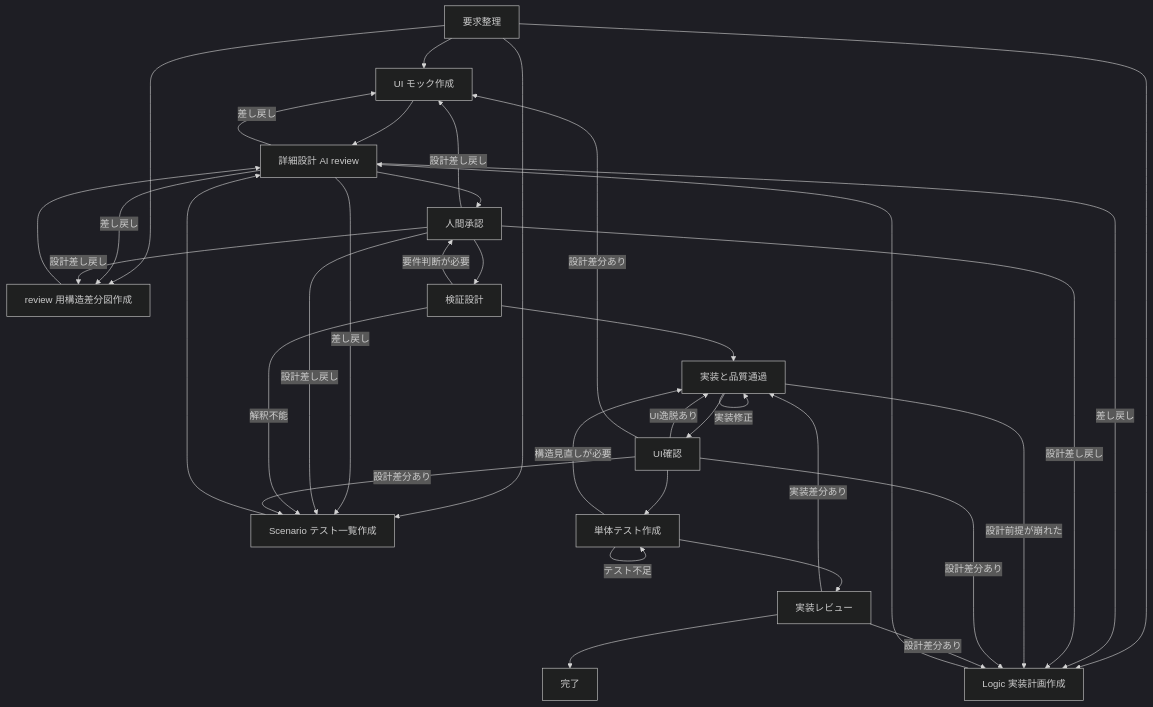
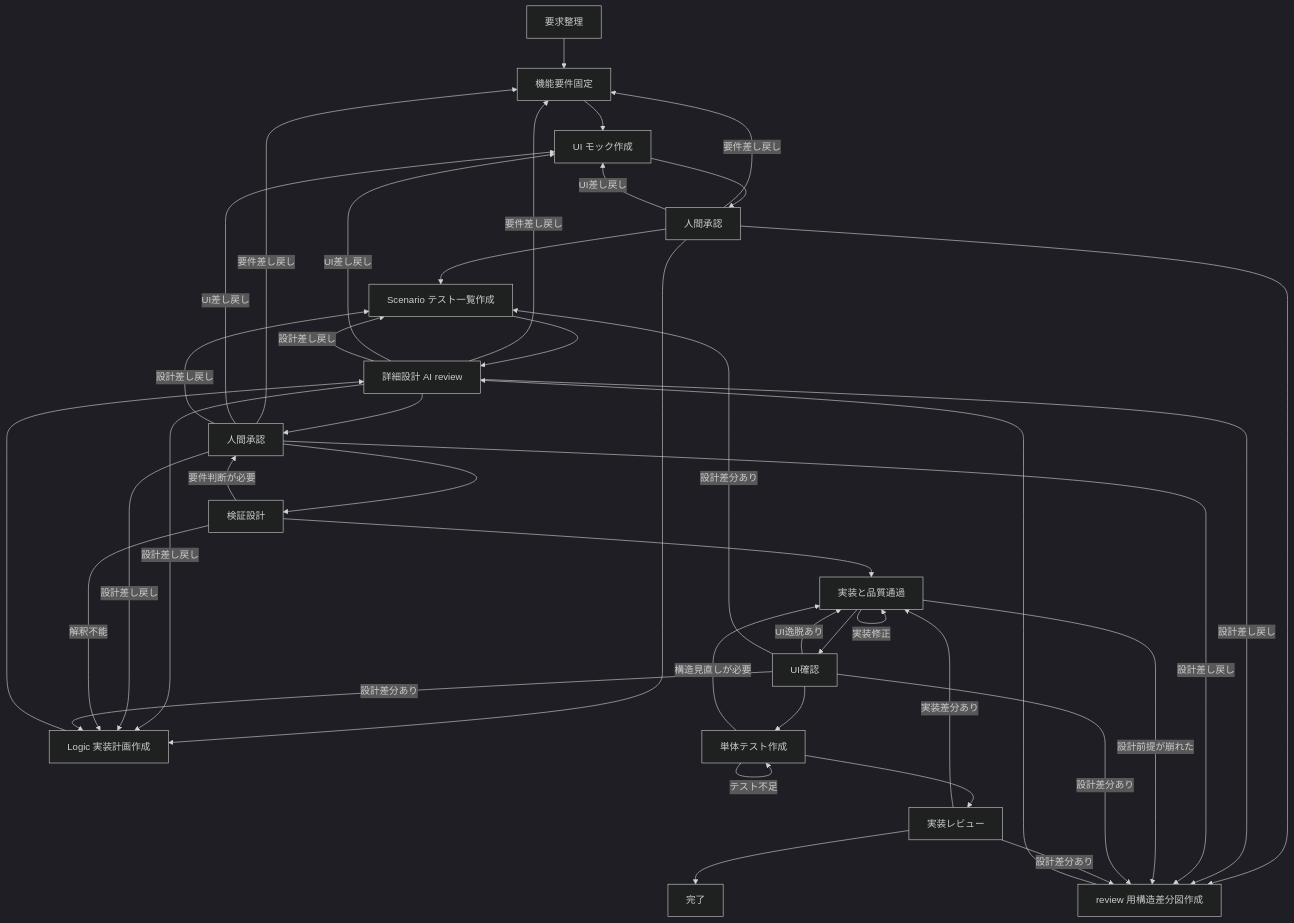
The diagram in .codex/workflow.md (ishibata91/AITranslationEngineJP), drawn with Mermaid (dark theme) before and after one commit. The commit also changed other lines of this file and 19 other files, not shown here.

````diff
--- a/.codex/workflow.md
+++ b/.codex/workflow.md
@@ -6,43 +6,49 @@
 ```mermaid
 flowchart TD
     A[要求整理]
-    B1[UI モック作成]
-    B2[Scenario テスト一覧作成]
-    B3[Logic 実装計画作成]
-    B4[review 用構造差分図作成]
+    A1[機能要件固定]
+    A2[UI モック作成]
+    A3[人間承認]
+    B1[Scenario テスト一覧作成]
+    B2[Logic 実装計画作成]
+    B3[review 用構造差分図作成]
     C[詳細設計 AI review]
     D[人間承認]
     F[検証設計]
     G[実装と品質通過]
     H[UI確認]
     I[単体テスト作成]
     J[実装レビュー]
     K[完了]
 
-    A --> B1 --> C
-    A --> B2 --> C
-    A --> B3 --> C
-    A --> B4 --> C
+    A --> A1 --> A2 --> A3
+    A3 --> B1 --> C
+    A3 --> B2 --> C
+    A3 --> B3 --> C
     C --> D --> F --> G --> H --> I --> J --> K
 
-    C -- 差し戻し --> B1
-    C -- 差し戻し --> B2
-    C -- 差し戻し --> B3
-    C -- 差し戻し --> B4
+    A3 -- 要件差し戻し --> A1
+    A3 -- UI差し戻し --> A2
+    C -- 要件差し戻し --> A1
+    C -- UI差し戻し --> A2
+    C -- 設計差し戻し --> B1
+    C -- 設計差し戻し --> B2
+    C -- 設計差し戻し --> B3
+    D -- 要件差し戻し --> A1
+    D -- UI差し戻し --> A2
     D -- 設計差し戻し --> B1
     D -- 設計差し戻し --> B2
     D -- 設計差し戻し --> B3
-    D -- 設計差し戻し --> B4
     F -- 解釈不能 --> B2
     F -- 要件判断が必要 --> D
     G -- 実装修正 --> G
     G -- 設計前提が崩れた --> B3
     H -- UI逸脱あり --> G
     H -- 設計差分あり --> B1
     H -- 設計差分あり --> B2
     H -- 設計差分あり --> B3
     I -- テスト不足 --> I
     I -- 構造見直しが必要 --> G
     J -- 実装差分あり --> G
     J -- 設計差分あり --> B3
 ```
````
